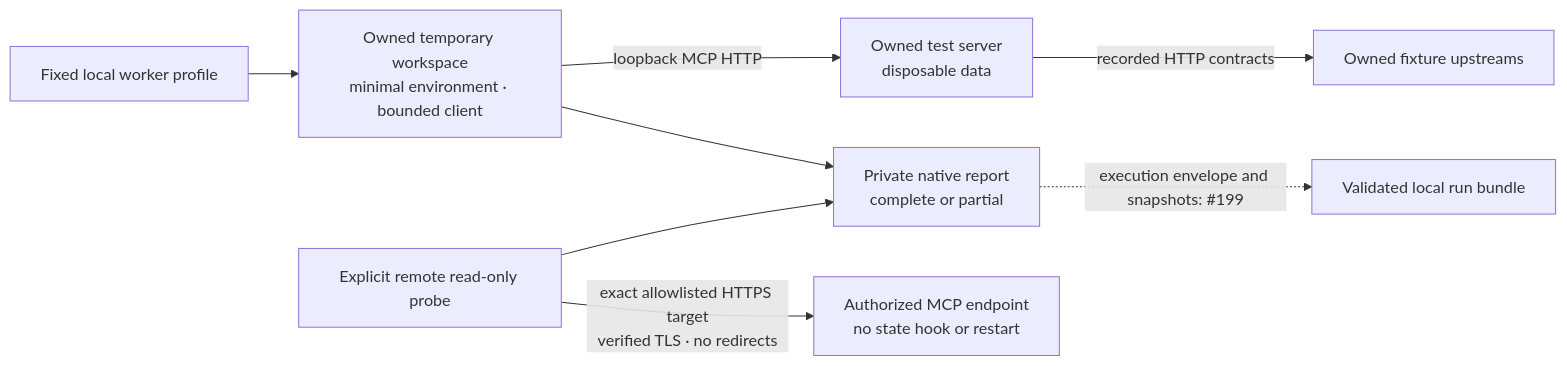
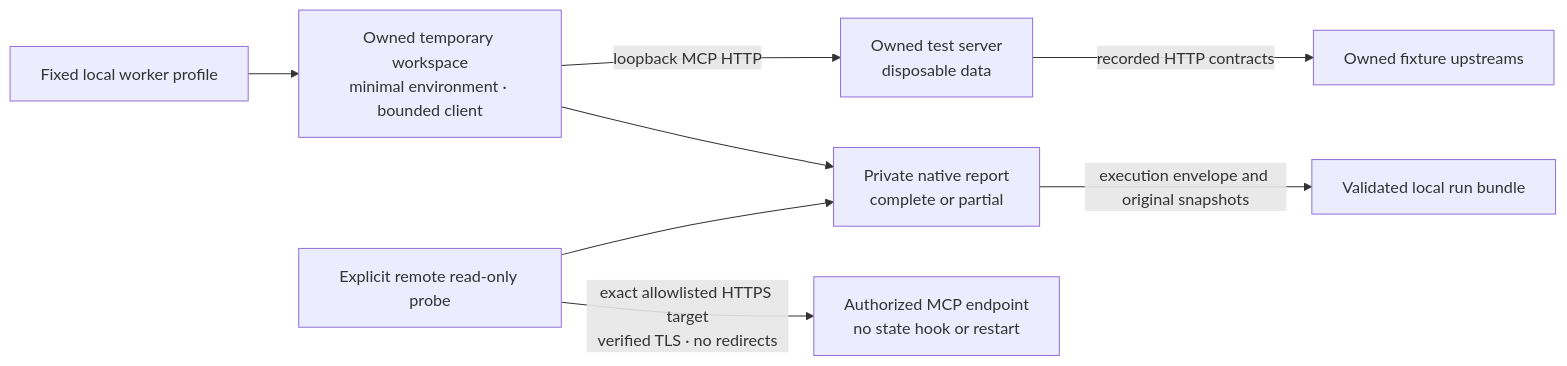
One commit to CBIIT/nci-si-mcp changed the second of 5 diagrams in docs/deployment.md. Above: the diagram before and after it, drawn with Mermaid. The commit also changed other lines of this file and 27 other files, not shown here.

````diff
--- a/docs/deployment.md
+++ b/docs/deployment.md
@@ -36,10 +41,10 @@
 ```mermaid
 flowchart LR
     CLI["Fixed local worker profile"] --> Work["Owned temporary workspace<br/>minimal environment · bounded client"]
     Work -->|"loopback MCP HTTP"| Test["Owned test server<br/>disposable data"]
     Test -->|"recorded HTTP contracts"| Fixtures["Owned fixture upstreams"]
     Work --> Report["Private native report<br/>complete or partial"]
     Remote["Explicit remote read-only probe"] -->|"exact allowlisted HTTPS target<br/>verified TLS · no redirects"| Endpoint["Authorized MCP endpoint<br/>no state hook or restart"]
     Remote --> Report
-    Report -. "execution envelope and snapshots: #199" .-> Bundle["Validated local run bundle"]
+    Report -->|"execution envelope and original snapshots"| Bundle["Validated local run bundle"]
 ```
````
